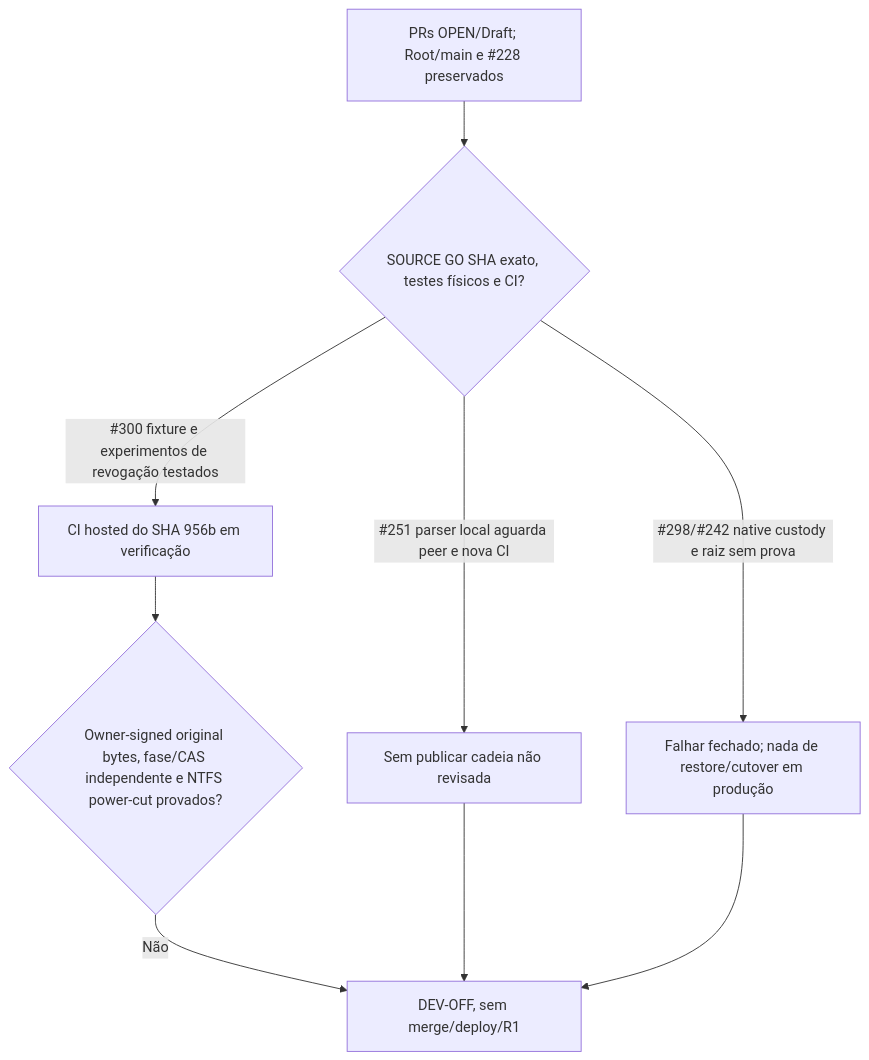
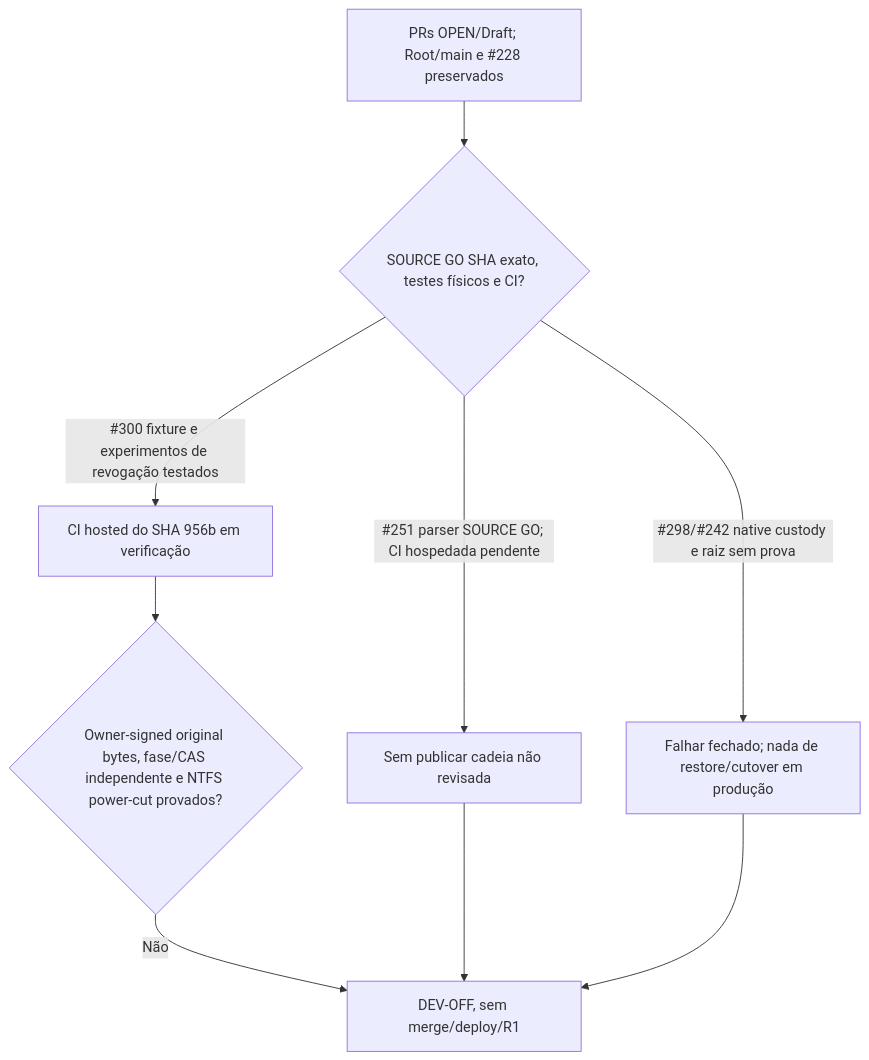
Diagram 13 of 13 in docs/rootark-main-execution-mission.md (bielxdh3/Root.ark), drawn with Mermaid before and after one commit.

Commit message:
docs(mission): align parser peer gate in execution flowchart

````diff
--- a/docs/rootark-main-execution-mission.md
+++ b/docs/rootark-main-execution-mission.md
@@ -623,11 +623,11 @@
 ```mermaid
 flowchart TD
   A["PRs OPEN/Draft; Root/main e #228 preservados"] --> B{"SOURCE GO SHA exato, testes físicos e CI?"}
   B -->|"#300 fixture e experimentos de revogação testados"| C["CI hosted do SHA 956b em verificação"]
-  B -->|"#251 parser local aguarda peer e nova CI"| D["Sem publicar cadeia não revisada"]
+  B -->|"#251 parser SOURCE GO; CI hospedada pendente"| D["Sem publicar cadeia não revisada"]
   B -->|"#298/#242 native custody e raiz sem prova"| E["Falhar fechado; nada de restore/cutover em produção"]
   C --> F{"Owner-signed original bytes, fase/CAS independente e NTFS power-cut provados?"}
   F -->|"Não"| G["DEV-OFF, sem merge/deploy/R1"]
   D --> G
   E --> G
 ```
````
